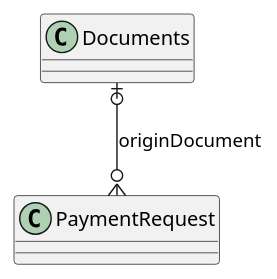
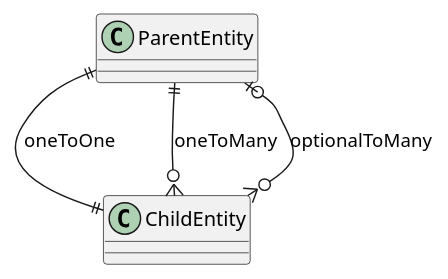
One commit to MaratDevOps/TMS changed the second of 4 diagrams in Промт_ER_диаграмма.md. Above: the diagram before and after it, drawn with PlantUML. The commit also changed other lines of this file, not shown here.

Commit message:
Sprint 1.1: единые правила проектирования ER-моделей

````diff
--- a/Промт_ER_диаграмма.md
+++ b/Промт_ER_диаграмма.md
@@ -55,3 +104,5 @@
-  ```plantuml
-  Documents |o--o{ PaymentRequest : originDocument
-  ```
+```plantuml
+ParentEntity ||--|| ChildEntity : oneToOne
+ParentEntity ||--o{ ChildEntity : oneToMany
+ParentEntity |o--o{ ChildEntity : optionalToMany
+```
````
